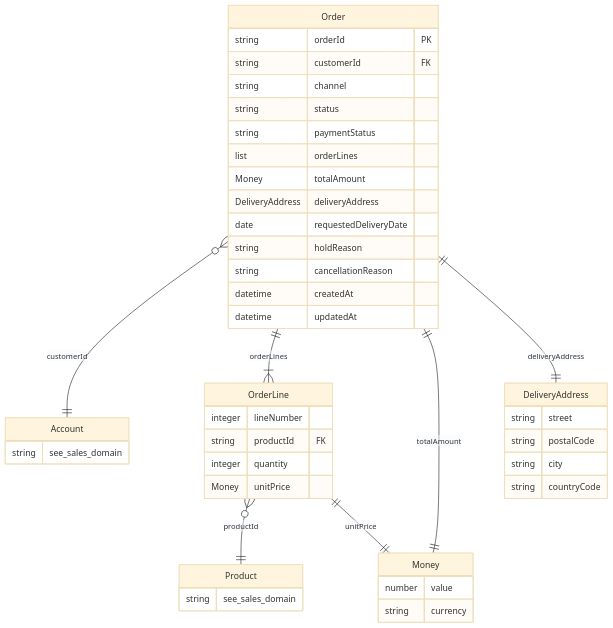
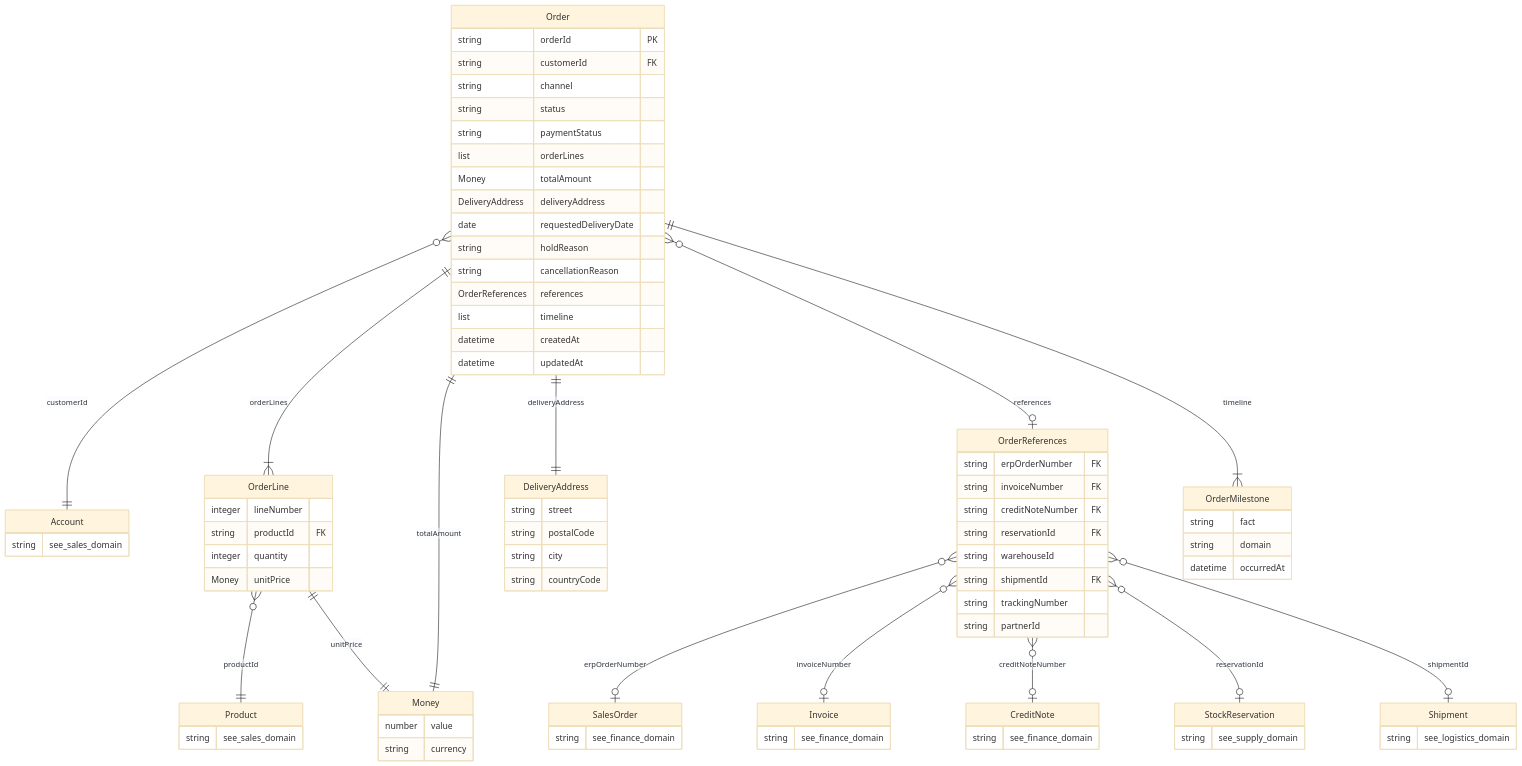
One commit to azure-intelligence-domain/process-api-order changed the seventh of 10 diagrams in README.md. Above: the diagram before and after it, drawn with Mermaid (base theme).

Commit message:
Data model diagram: step 7 fields (references, timeline, accounts, products)

````diff
--- a/README.md
+++ b/README.md
@@ -299,8 +299,25 @@
         date requestedDeliveryDate
         string holdReason
         string cancellationReason
+        OrderReferences references
+        list timeline
         datetime createdAt
         datetime updatedAt
+    }
+    OrderReferences {
+        string erpOrderNumber FK
+        string invoiceNumber FK
+        string creditNoteNumber FK
+        string reservationId FK
+        string warehouseId
+        string shipmentId FK
+        string trackingNumber
+        string partnerId
+    }
+    OrderMilestone {
+        string fact
+        string domain
+        datetime occurredAt
     }
     OrderLine {
         integer lineNumber
@@ -321,13 +338,35 @@
     Account {
         string see_sales_domain
     }
+    CreditNote {
+        string see_finance_domain
+    }
+    Invoice {
+        string see_finance_domain
+    }
     Product {
         string see_sales_domain
+    }
+    SalesOrder {
+        string see_finance_domain
+    }
+    Shipment {
+        string see_logistics_domain
+    }
+    StockReservation {
+        string see_supply_domain
     }
     Order }o--|| Account : "customerId"
     Order ||--|{ OrderLine : "orderLines"
     Order ||--|| Money : "totalAmount"
     Order ||--|| DeliveryAddress : "deliveryAddress"
+    Order }o--o| OrderReferences : "references"
+    Order ||--|{ OrderMilestone : "timeline"
+    OrderReferences }o--o| SalesOrder : "erpOrderNumber"
+    OrderReferences }o--o| Invoice : "invoiceNumber"
+    OrderReferences }o--o| CreditNote : "creditNoteNumber"
+    OrderReferences }o--o| StockReservation : "reservationId"
+    OrderReferences }o--o| Shipment : "shipmentId"
     OrderLine }o--|| Product : "productId"
     OrderLine ||--|| Money : "unitPrice"
 ```
````
